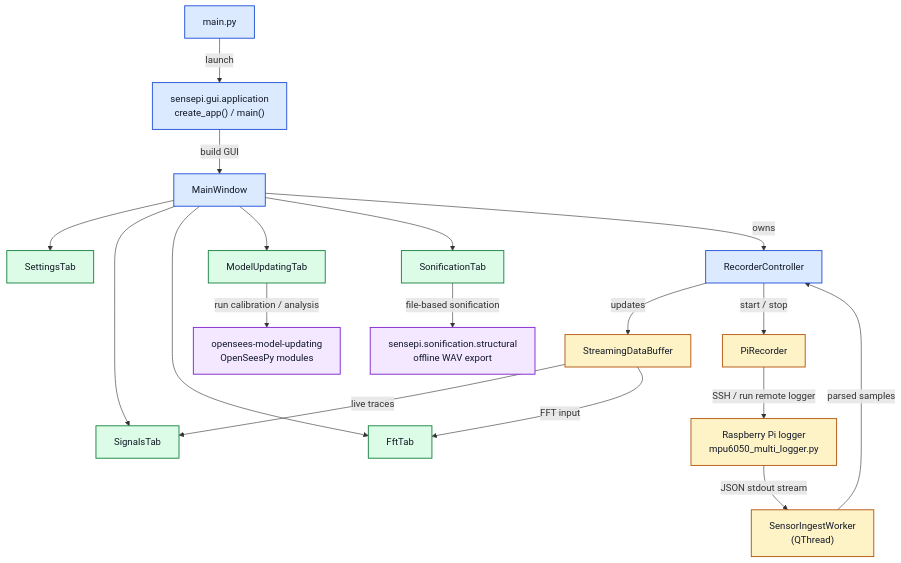
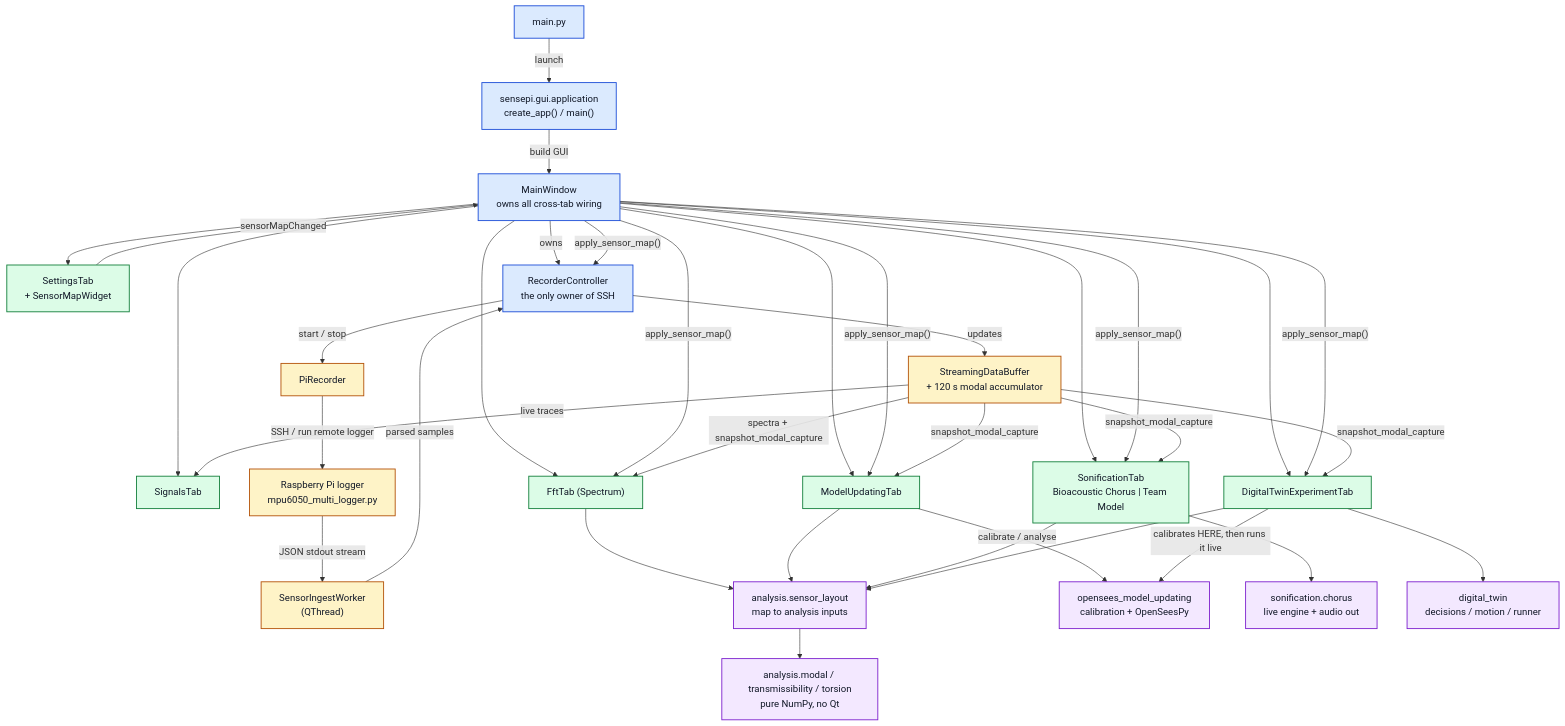
One commit to mmdkhl/Senspi_MPU changed the diagram in docs/gui_pipeline_diagram.mmd. Above: the diagram before and after it, drawn with Mermaid. The commit also changed 107 other files, not shown here.

```diff
--- a/docs/gui_pipeline_diagram.mmd
+++ b/docs/gui_pipeline_diagram.mmd
@@ -1,50 +1,79 @@
+%% SensePi GUI pipeline. Update this when a tab, worker or backend is added.
+%% Two things are worth reading off this diagram:
+%%   1. no tab talks to the Pi — RecorderController owns every SSH session;
+%%   2. sensor placement has ONE source, Settings, and is pushed to consumers.
 flowchart TB
     main["main.py"]
     app["sensepi.gui.application<br/>create_app() / main()"]
-    window["MainWindow"]
+    window["MainWindow<br/>owns all cross-tab wiring"]
 
-    settings["SettingsTab"]
+    settings["SettingsTab<br/>+ SensorMapWidget"]
     signals["SignalsTab"]
-    fft["FftTab"]
+    fft["FftTab (Spectrum)"]
     modelupdating["ModelUpdatingTab"]
-    sonify["SonificationTab"]
+    sonify["SonificationTab<br/>Bioacoustic Chorus | Team Model"]
+    twin["DigitalTwinExperimentTab"]
 
-    controller["RecorderController"]
-    buffer["StreamingDataBuffer"]
+    controller["RecorderController<br/>the only owner of SSH"]
+    buffer["StreamingDataBuffer<br/>+ 120 s modal accumulator"]
     pirec["PiRecorder"]
     ingest["SensorIngestWorker<br/>(QThread)"]
     pi["Raspberry Pi logger<br/>mpu6050_multi_logger.py"]
 
-    opensees_project["opensees-model-updating<br/>OpenSeesPy modules"]
-    sonify_backend["sensepi.sonification.structural<br/>offline WAV export"]
+    layout["analysis.sensor_layout<br/>map to analysis inputs"]
+    analysis["analysis.modal / transmissibility / torsion<br/>pure NumPy, no Qt"]
+    opensees["opensees_model_updating<br/>calibration + OpenSeesPy"]
+    chorus["sonification.chorus<br/>live engine + audio out"]
+    twinlib["digital_twin<br/>decisions / motion / runner"]
 
     main -->|"launch"| app
     app -->|"build GUI"| window
 
     window --> settings
     window --> signals
     window --> fft
     window --> modelupdating
     window --> sonify
+    window --> twin
     window -->|"owns"| controller
+
+    %% one source of placement, pushed out
+    settings -->|"sensorMapChanged"| window
+    window -->|"apply_sensor_map()"| fft
+    window -->|"apply_sensor_map()"| modelupdating
+    window -->|"apply_sensor_map()"| sonify
+    window -->|"apply_sensor_map()"| twin
+    window -->|"apply_sensor_map()"| controller
 
     controller -->|"updates"| buffer
     controller -->|"start / stop"| pirec
     pirec -->|"SSH / run remote logger"| pi
     pi -->|"JSON stdout stream"| ingest
     ingest -->|"parsed samples"| controller
 
     buffer -->|"live traces"| signals
-    buffer -->|"FFT input"| fft
-    modelupdating -->|"run calibration / analysis"| opensees_project
-    sonify -->|"file-based sonification"| sonify_backend
+    buffer -->|"spectra + snapshot_modal_capture"| fft
+    buffer -->|"snapshot_modal_capture"| sonify
+    buffer -->|"snapshot_modal_capture"| twin
+    buffer -->|"snapshot_modal_capture"| modelupdating
+
+    fft --> layout
+    modelupdating --> layout
+    sonify --> layout
+    twin --> layout
+    layout --> analysis
+
+    modelupdating -->|"calibrate / analyse"| opensees
+    twin -->|"calibrates HERE, then runs it live"| opensees
+    twin --> twinlib
+    sonify --> chorus
 
     classDef core fill:#dbeafe,stroke:#1d4ed8,stroke-width:1.5px,color:#111827;
     classDef tab fill:#dcfce7,stroke:#15803d,stroke-width:1.5px,color:#111827;
     classDef runtime fill:#fef3c7,stroke:#b45309,stroke-width:1.5px,color:#111827;
     classDef backend fill:#f3e8ff,stroke:#7e22ce,stroke-width:1.5px,color:#111827;
 
     class main,app,window,controller core;
-    class settings,signals,fft,modelupdating,sonify tab;
+    class settings,signals,fft,modelupdating,sonify,twin tab;
     class buffer,pirec,ingest,pi runtime;
-    class opensees_project,sonify_backend backend;
+    class layout,analysis,opensees,chorus,twinlib backend;
```
